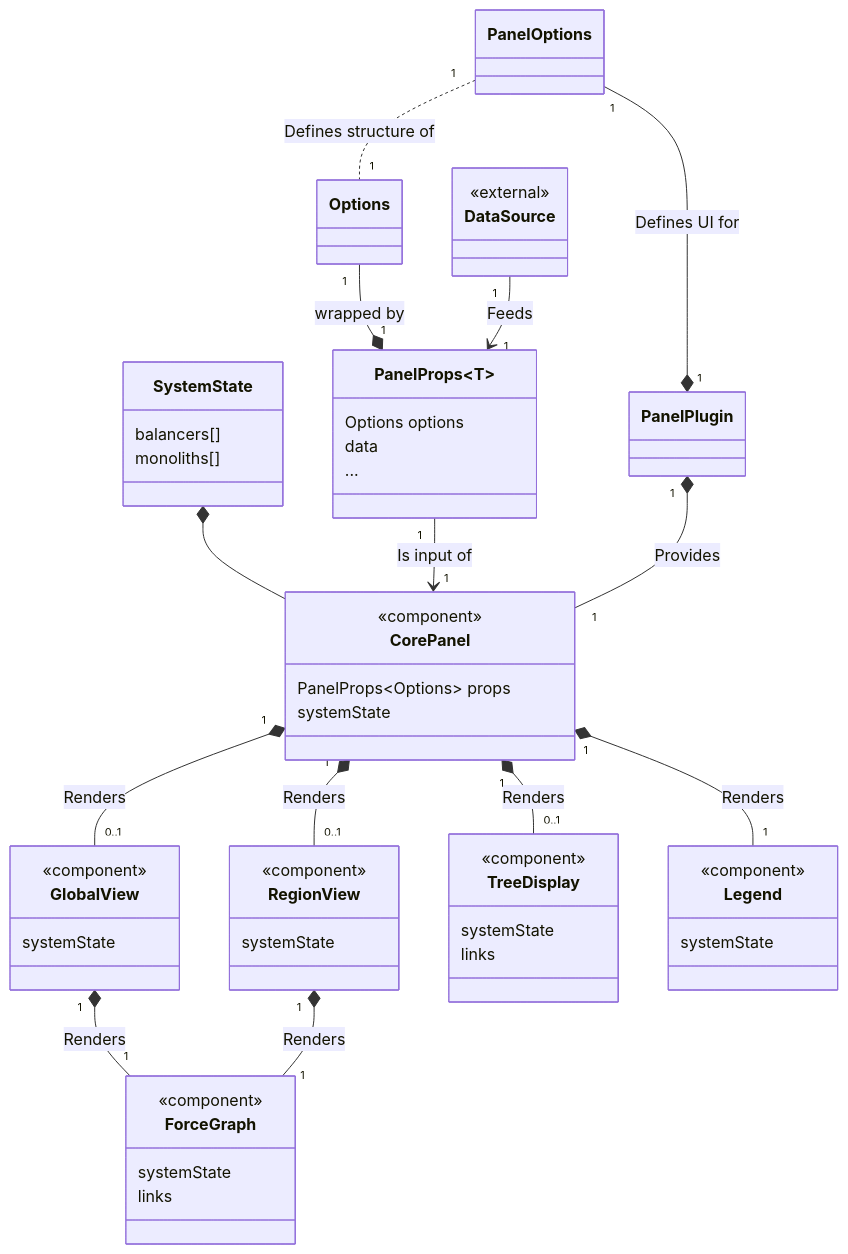
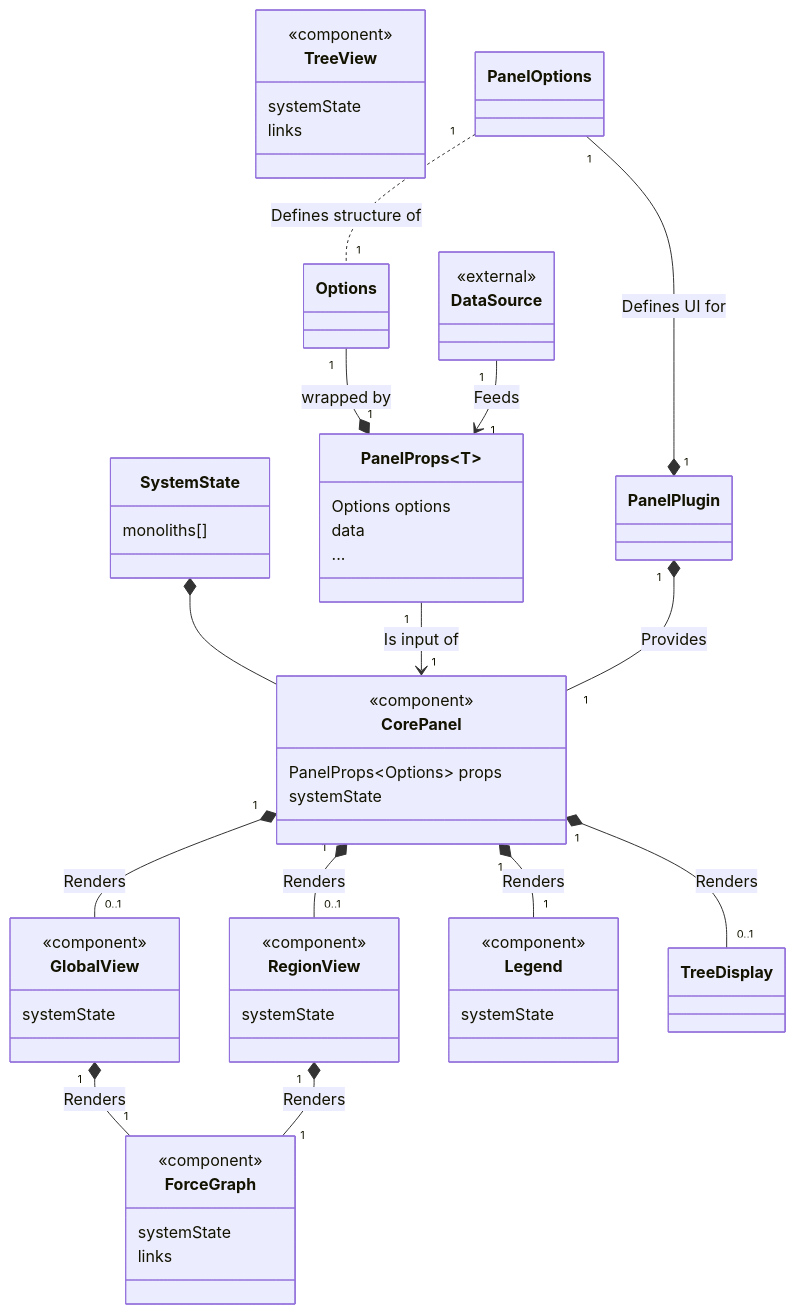
Before and after one commit to dyc3/senior-design: the diagram in figures/vis/panel-internal-class.mmd, drawn with Mermaid. The commit also changed 1 other file, not shown here.

Commit message:
i thought systemState also reported `balancers[]`, now removed

```diff
--- a/figures/vis/panel-internal-class.mmd
+++ b/figures/vis/panel-internal-class.mmd
@@ -1,62 +1,61 @@
 classDiagram
     class PanelPlugin
     class PanelProps~T~ {
         Options options
         data
         ...
     }
     class CorePanel {
         <<component>>
         PanelProps~Options~ props
         systemState
     }
     class GlobalView {
         <<component>>
         systemState
     }
     class RegionView {
         <<component>>
         systemState
     }
     class DataSource {
         <<external>>
     }
-    class TreeDisplay {
+    class TreeView {
         <<component>>
         systemState
         links
     }
     class SystemState {
-        balancers[]
         monoliths[]
     }
     class Legend {
         <<component>>
         systemState
     }
     class ForceGraph {
         <<component>>
         systemState
         links
     }
 
     SystemState *-- CorePanel
     PanelOptions "1" --* "1" PanelPlugin : Defines UI for
     PanelOptions "1" .. "1" Options : Defines structure of
     PanelProps "1" --> "1" CorePanel : Is input of
     Options "1" --* "1" PanelProps : wrapped by
     DataSource "1" --> "1" PanelProps : Feeds
     PanelPlugin "1" *-- "1" CorePanel : Provides
     CorePanel "1" *-- "0..1" GlobalView : Renders
     CorePanel "1" *-- "0..1" RegionView : Renders
     CorePanel "1" *-- "0..1" TreeDisplay : Renders
     CorePanel "1" *-- "1" Legend : Renders
     GlobalView "1" *-- "1" ForceGraph : Renders
     RegionView "1" *-- "1" ForceGraph : Renders
 
 
     %% FIXME: not supported on mermaid 10.6, requires upgrading to 10.7
     %% style DataSource stroke:,stroke-dasharray:5 5
     %% style PanelProps stroke:,stroke-dasharray:5 5
     %% style PanelPlugin stroke:,stroke-dasharray:5 5
     %% style PanelOptions stroke:,stroke-dasharray:5 5
```
